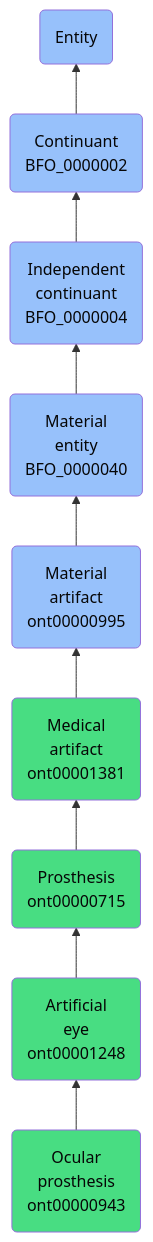
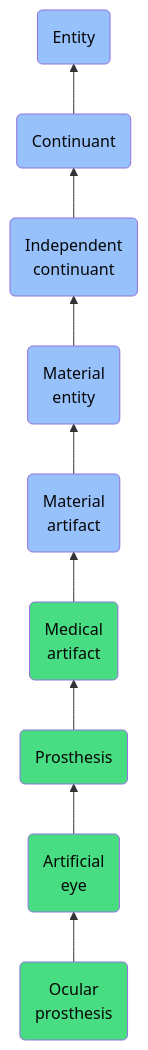
One commit to jupyter-naas/abi changed the diagram in docs/ontology/reference/model/Entity/Continuant/Independent continuant/Material entity/Material artifact/Medical artifact/Prosthesis/Artificial eye/Ocular prosthesis/Ocular prosthesis.md. Above: the diagram before and after it, drawn with Mermaid. The commit also changed other lines of this file and 1430 other files, not shown here.

````diff
--- a/docs/ontology/reference/model/Entity/Continuant/Independent continuant/Material entity/Material artifact/Medical artifact/Prosthesis/Artificial eye/Ocular prosthesis/Ocular prosthesis.md
+++ b/docs/ontology/reference/model/Entity/Continuant/Independent continuant/Material entity/Material artifact/Medical artifact/Prosthesis/Artificial eye/Ocular prosthesis/Ocular prosthesis.md
@@ -24,16 +24,16 @@
 ```mermaid
 graph BT
-    ont00000943(Ocular<br>prosthesis<br>ont00000943):::ABI-->ont00001248
-    ont00001248(Artificial<br>eye<br>ont00001248):::ABI-->ont00000715
-    ont00000715(Prosthesis<br>ont00000715):::ABI-->ont00001381
-    ont00001381(Medical<br>artifact<br>ont00001381):::ABI-->ont00000995
-    ont00000995(Material<br>artifact<br>ont00000995):::BFO-->BFO_0000040
-    BFO_0000040(Material<br>entity<br>BFO_0000040):::BFO-->BFO_0000004
-    BFO_0000004(Independent<br>continuant<br>BFO_0000004):::BFO-->BFO_0000002
-    BFO_0000002(Continuant<br>BFO_0000002):::BFO-->BFO_0000001
+    ont00000943(Ocular<br>prosthesis):::ABI-->ont00001248
+    ont00001248(Artificial<br>eye):::ABI-->ont00000715
+    ont00000715(Prosthesis):::ABI-->ont00001381
+    ont00001381(Medical<br>artifact):::ABI-->ont00000995
+    ont00000995(Material<br>artifact):::BFO-->BFO_0000040
+    BFO_0000040(Material<br>entity):::BFO-->BFO_0000004
+    BFO_0000004(Independent<br>continuant):::BFO-->BFO_0000002
+    BFO_0000002(Continuant):::BFO-->BFO_0000001
     BFO_0000001(Entity):::BFO
     
     classDef BFO fill:#97c1fb,color:#060606
     classDef CCO fill:#e4c51e,color:#060606
     classDef ABI fill:#48DD82,color:#060606
 ```
````
